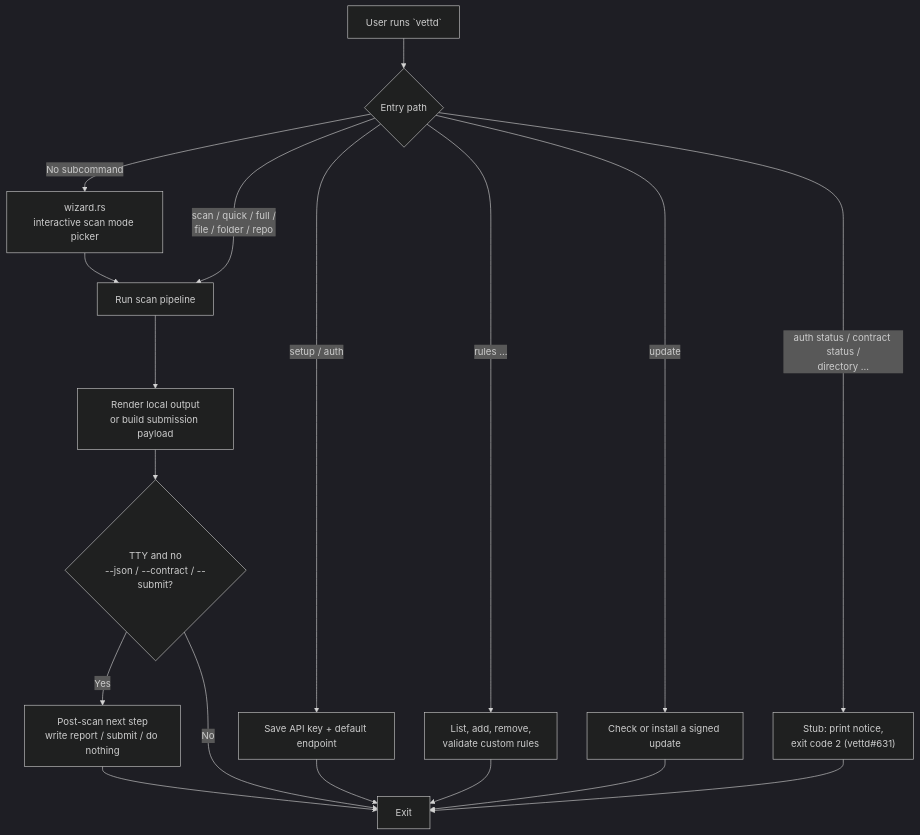
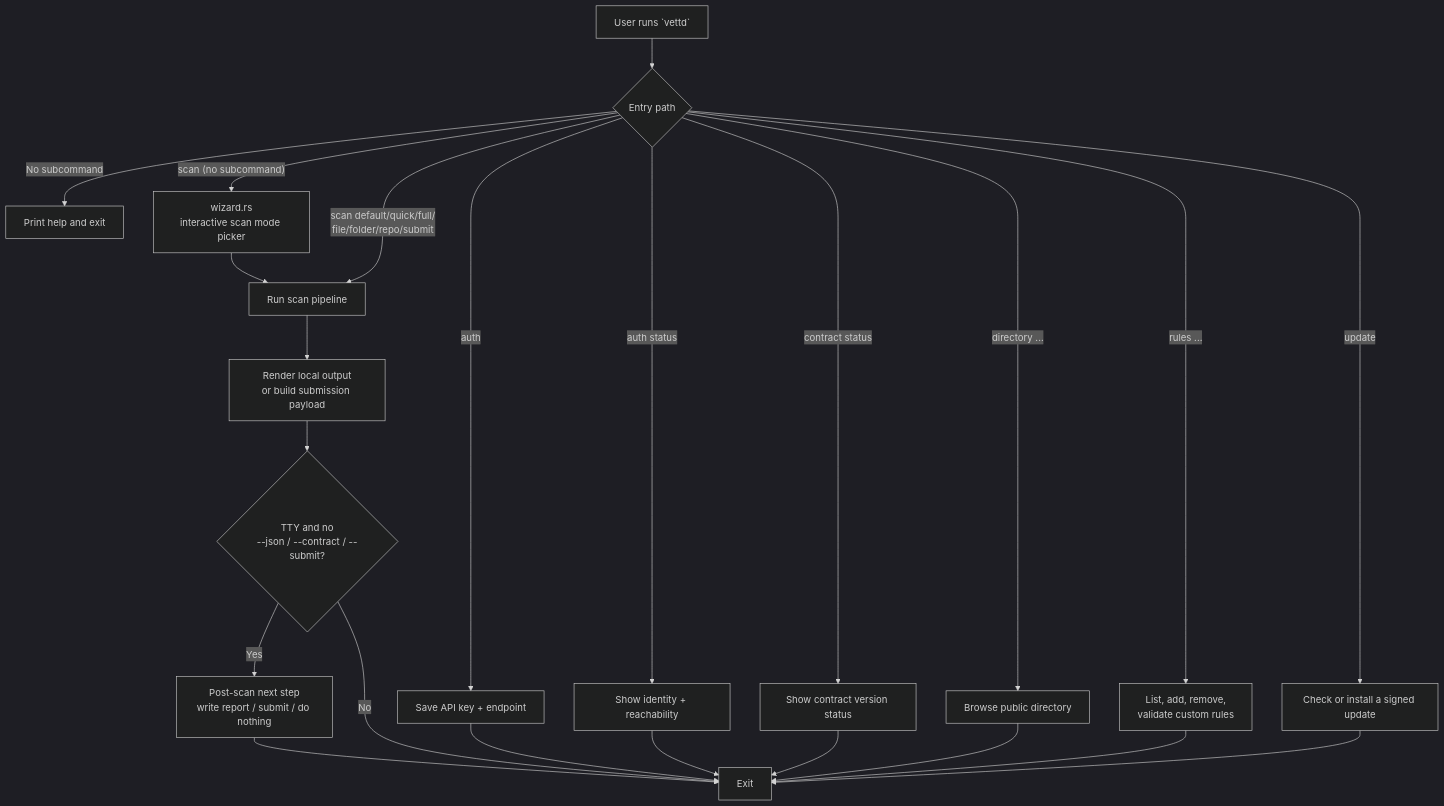
The first of 4 diagrams in docs/user-flows.md (AgenticHighway/vettd-cli), drawn with Mermaid (dark theme) before and after one commit. The commit also changed other lines of this file and 3 other files, not shown here.

````diff
--- a/docs/user-flows.md
+++ b/docs/user-flows.md
@@ -8,21 +8,26 @@
 ```mermaid
 flowchart TD
     Start["User runs `vettd`"] --> Choice{"Entry path"}
-    Choice -->|"No subcommand"| Wizard["wizard.rs\ninteractive scan mode picker"]
-    Choice -->|"scan / quick / full /\nfile / folder / repo"| Scan["Run scan pipeline"]
-    Choice -->|"setup / auth"| Setup["Save API key + default endpoint"]
+    Choice -->|"No subcommand"| Help["Print help and exit"]
+    Choice -->|"scan (no subcommand)"| Wizard["wizard.rs\ninteractive scan mode picker"]
+    Choice -->|"scan default/quick/full/\nfile/folder/repo/submit"| Scan["Run scan pipeline"]
+    Choice -->|"auth"| Auth["Save API key + endpoint"]
+    Choice -->|"auth status"| AuthStatus["Show identity + reachability"]
+    Choice -->|"contract status"| ContractStatus["Show contract version status"]
+    Choice -->|"directory ..."| Directory["Browse public directory"]
     Choice -->|"rules ..."| Rules["List, add, remove,\nvalidate custom rules"]
     Choice -->|"update"| Update["Check or install a signed update"]
-    Choice -->|"auth status / contract status /\ndirectory ..."| Stub["Stub: print notice,\nexit code 2 (vettd#631)"]
 
     Wizard --> Scan
     Scan --> Output["Render local output\nor build submission payload"]
     Output --> Next{"TTY and no\n--json / --contract / --submit?"}
     Next -->|"Yes"| Prompt["Post-scan next step\nwrite report / submit / do nothing"]
     Next -->|"No"| End["Exit"]
-    Setup --> End
+    Auth --> End
+    AuthStatus --> End
+    ContractStatus --> End
+    Directory --> End
     Rules --> End
     Update --> End
-    Stub --> End
     Prompt --> End
 ```
````
